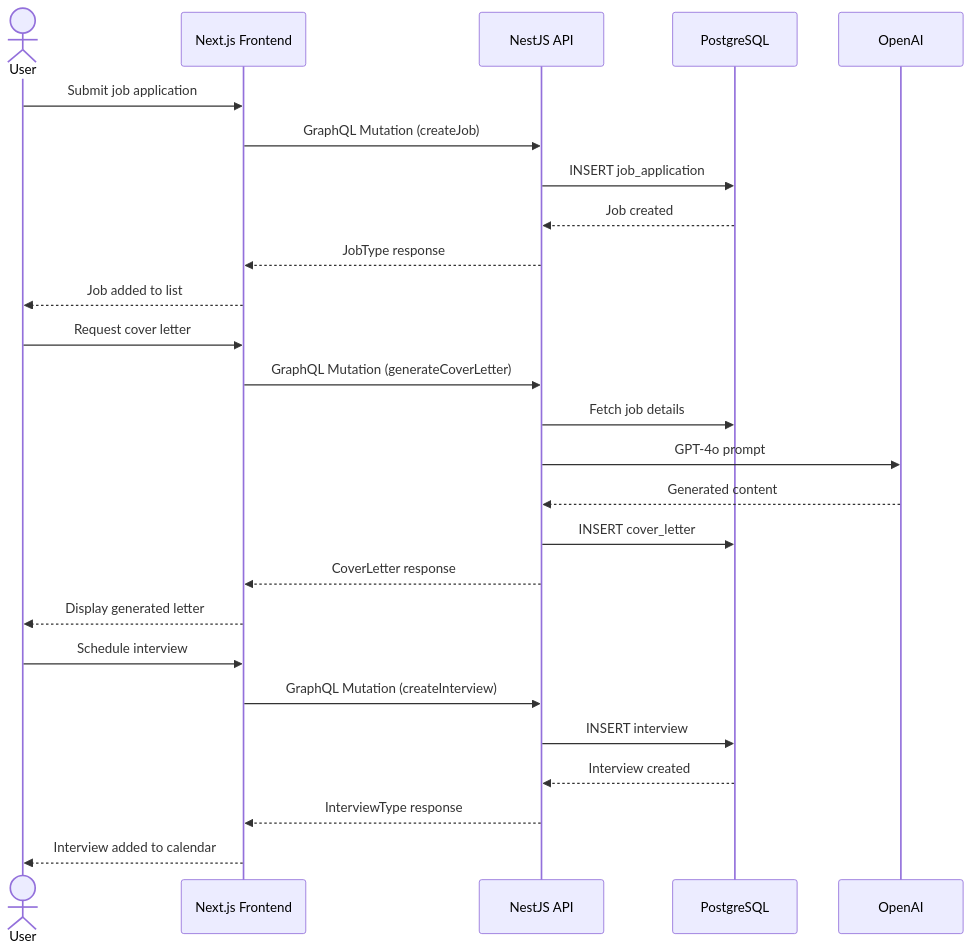
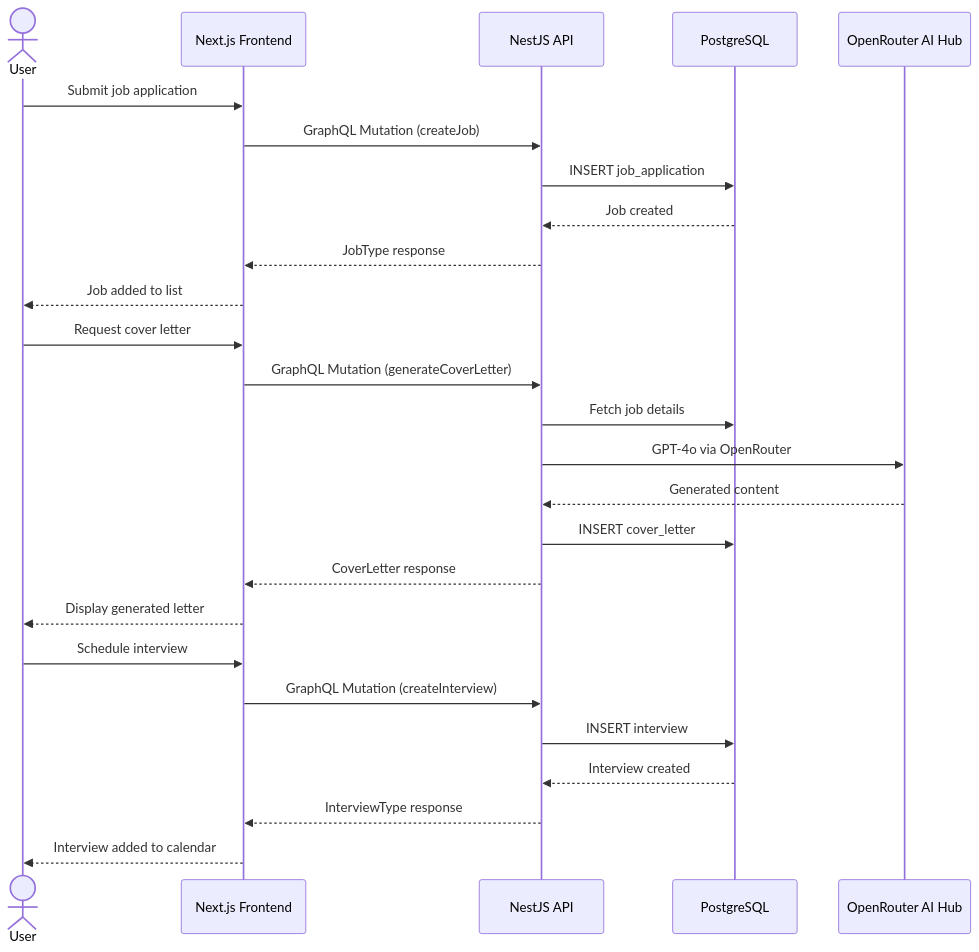
One commit to asmitrofanov74/JobPilotAI changed the fifth of 15 diagrams in docs/system-design.md. Above: the diagram before and after it, drawn with Mermaid. The commit also changed other lines of this file, not shown here.

Commit message:
docs: update system-design.md for OpenRouter, French Coach, Scraper, LinkedIn Optimizer, voice, local dev

````diff
--- a/docs/system-design.md
+++ b/docs/system-design.md
@@ -174,31 +206,31 @@
 ```mermaid
 sequenceDiagram
     actor User
     participant Web as Next.js Frontend
     participant API as NestJS API
     participant DB as PostgreSQL
-    participant AI as OpenAI
+    participant AI as OpenRouter AI Hub
 
     User->>Web: Submit job application
     Web->>API: GraphQL Mutation (createJob)
     API->>DB: INSERT job_application
     DB-->>API: Job created
     API-->>Web: JobType response
     Web-->>User: Job added to list
 
     User->>Web: Request cover letter
     Web->>API: GraphQL Mutation (generateCoverLetter)
     API->>DB: Fetch job details
-    API->>AI: GPT-4o prompt
+    API->>AI: GPT-4o via OpenRouter
     AI-->>API: Generated content
     API->>DB: INSERT cover_letter
     API-->>Web: CoverLetter response
     Web-->>User: Display generated letter
 
     User->>Web: Schedule interview
     Web->>API: GraphQL Mutation (createInterview)
     API->>DB: INSERT interview
     DB-->>API: Interview created
     API-->>Web: InterviewType response
     Web-->>User: Interview added to calendar
 ```
````
